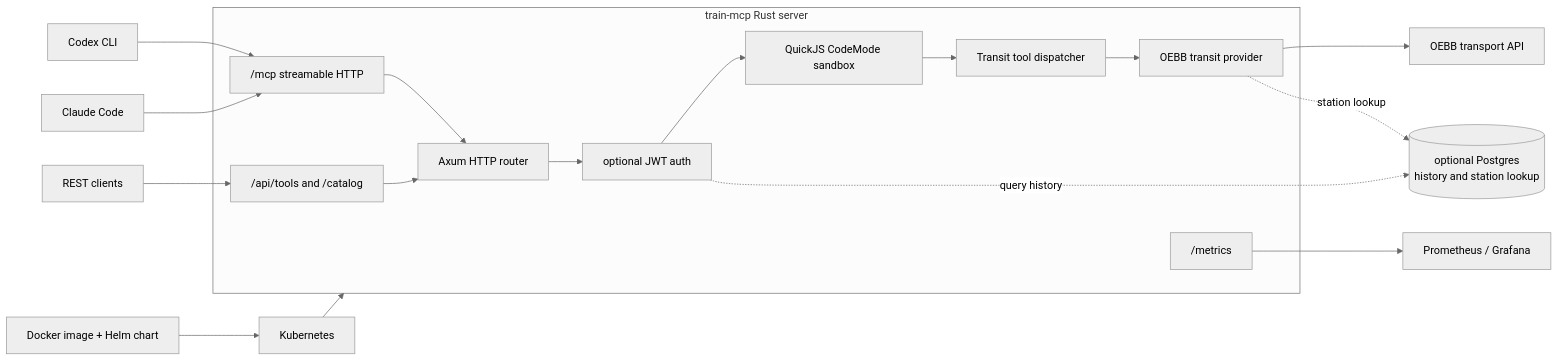
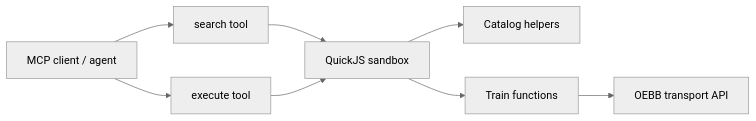
The diagram in README.md (flybyflo/train-mcp), drawn with Mermaid (neutral theme) before and after one commit. The commit also changed other lines of this file, not shown here.

Commit message:
Focus README on MCP tools

````diff
--- a/README.md
+++ b/README.md
@@ -24,39 +9,18 @@
 ```mermaid
 flowchart LR
-  codex["Codex CLI"]
-  claude["Claude Code"]
-  rest["REST clients"]
+  agent["MCP client / agent"]
+  search["search tool"]
+  execute["execute tool"]
+  sandbox["QuickJS sandbox"]
+  catalog["Catalog helpers"]
+  transit["Train functions"]
+  oebb["OEBB transport API"]
 
-  subgraph server["train-mcp Rust server"]
-    http["Axum HTTP router"]
-    mcp["/mcp streamable HTTP"]
-    api["/api/tools and /catalog"]
-    metrics["/metrics"]
-    auth["optional JWT auth"]
-    codemode["QuickJS CodeMode sandbox"]
-    tools["Transit tool dispatcher"]
-    provider["OEBB transit provider"]
-  end
-
-  oebb["OEBB transport API"]
-  postgres[("optional Postgres\nhistory and station lookup")]
-  prometheus["Prometheus / Grafana"]
-  helm["Docker image + Helm chart"]
-  k8s["Kubernetes"]
-
-  codex --> mcp
-  claude --> mcp
-  rest --> api
-  mcp --> http
-  api --> http
-  http --> auth
-  auth --> codemode
-  codemode --> tools
-  tools --> provider
-  provider --> oebb
-  provider -. station lookup .-> postgres
-  auth -. query history .-> postgres
-  metrics --> prometheus
-  helm --> k8s
-  k8s --> server
+  agent --> search
+  agent --> execute
+  search --> sandbox
+  execute --> sandbox
+  sandbox --> catalog
+  sandbox --> transit
+  transit --> oebb
 ```
````
